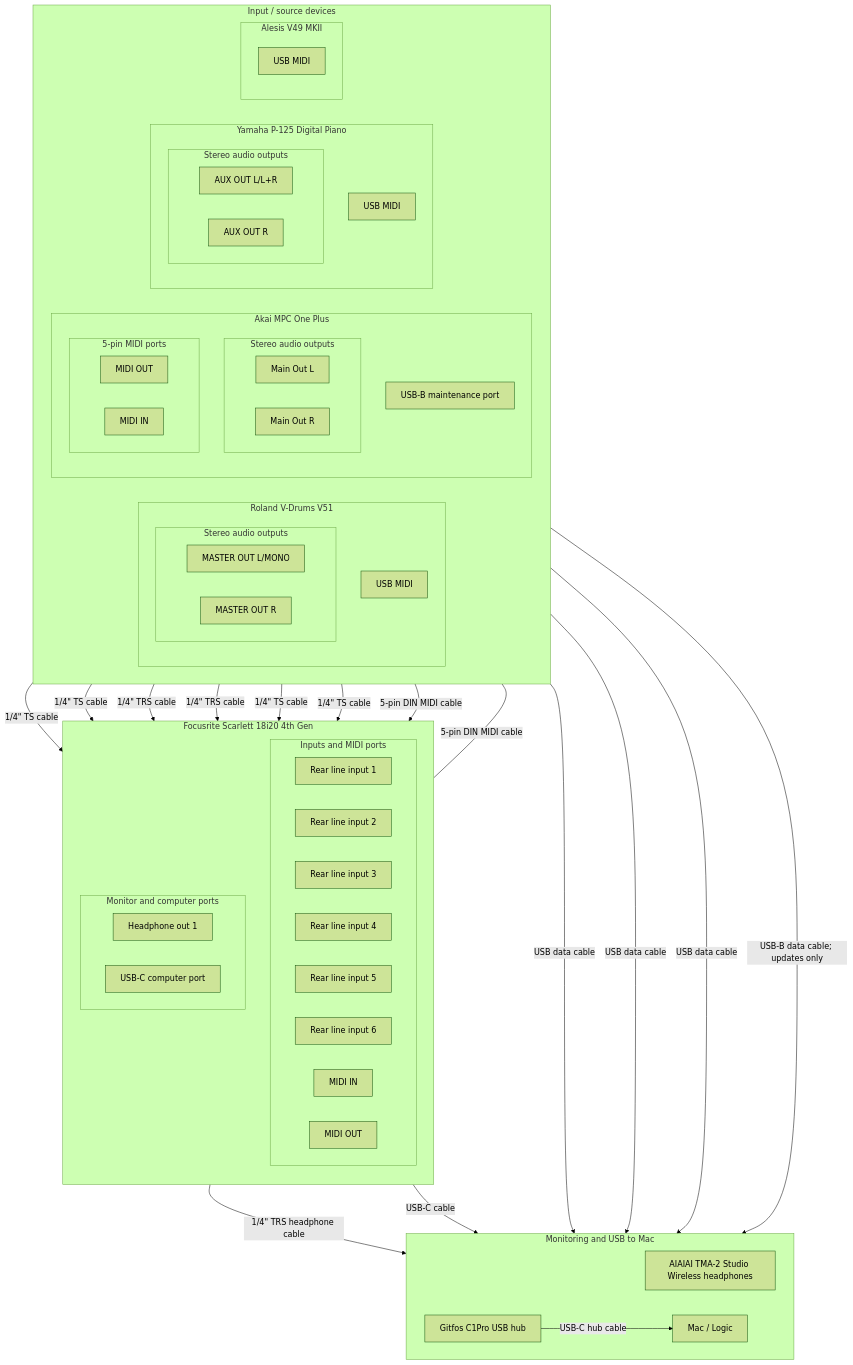
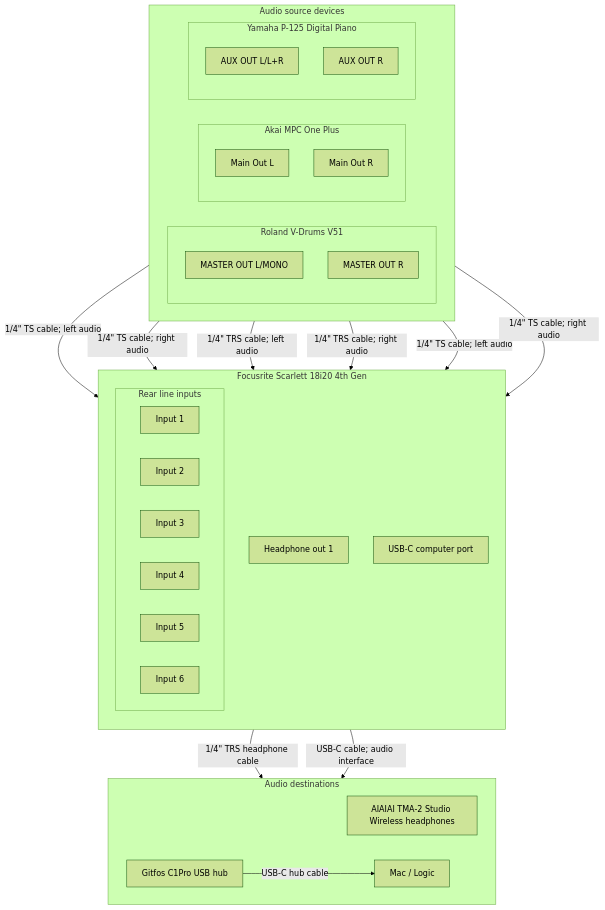
The second of 3 diagrams in AGENTS.md (thewoolleyman/music-studio), drawn with Mermaid (forest theme) before and after one commit. The commit also changed other lines of this file and 1 other file, not shown here.

Commit message:
Split studio connection diagrams

````diff
--- a/AGENTS.md
+++ b/AGENTS.md
@@ -102,90 +131,56 @@
 ```mermaid
 flowchart TB
-    subgraph Sources["Input / source devices"]
-        direction RL
+    subgraph AudioSources["Audio source devices"]
+        direction LR
 
-        subgraph V51["Roland V-Drums V51"]
+        subgraph V51Audio["Roland V-Drums V51"]
             direction TB
-            subgraph V51Stereo["Stereo audio outputs"]
-                direction LR
-                V51OutL["MASTER OUT L/MONO"]
-                V51OutR["MASTER OUT R"]
-            end
-            V51USB["USB MIDI"]
+            V51OutL["MASTER OUT L/MONO"]
+            V51OutR["MASTER OUT R"]
         end
 
-        subgraph MPC["Akai MPC One Plus"]
+        subgraph MPCAudio["Akai MPC One Plus"]
             direction TB
-            subgraph MPCStereo["Stereo audio outputs"]
-                direction LR
-                MPCL["Main Out L"]
-                MPCR["Main Out R"]
-            end
-            subgraph MPCMidi["5-pin MIDI ports"]
-                direction LR
-                MPCMidiOut["MIDI OUT"]
-                MPCMidiIn["MIDI IN"]
-            end
-            MPCUSB["USB-B maintenance port"]
+            MPCL["Main Out L"]
+            MPCR["Main Out R"]
         end
 
-        subgraph Yamaha["Yamaha P-125 Digital Piano"]
+        subgraph YamahaAudio["Yamaha P-125 Digital Piano"]
             direction TB
-            subgraph YamahaStereo["Stereo audio outputs"]
-                direction LR
-                YamahaOutL["AUX OUT L/L+R"]
-                YamahaOutR["AUX OUT R"]
-            end
-            YamahaUSB["USB MIDI"]
-        end
-
-        subgraph Alesis["Alesis V49 MKII"]
-            direction TB
-            AlesisUSB["USB MIDI"]
+            YamahaOutL["AUX OUT L/L+R"]
+            YamahaOutR["AUX OUT R"]
         end
     end
 
-    subgraph Scarlett["Focusrite Scarlett 18i20 4th Gen"]
+    subgraph ScarlettAudio["Focusrite Scarlett 18i20 4th Gen"]
         direction TB
-        subgraph ScarlettInputs["Inputs and MIDI ports"]
-            direction RL
-            ScarlettIn1["Rear line input 1"]
-            ScarlettIn2["Rear line input 2"]
-            ScarlettIn3["Rear line input 3"]
-            ScarlettIn4["Rear line input 4"]
-            ScarlettIn5["Rear line input 5"]
-            ScarlettIn6["Rear line input 6"]
-            ScarlettMidiIn["MIDI IN"]
-            ScarlettMidiOut["MIDI OUT"]
+        subgraph ScarlettInputs["Rear line inputs"]
+            direction LR
+            ScarlettIn1["Input 1"]
+            ScarlettIn2["Input 2"]
+            ScarlettIn3["Input 3"]
+            ScarlettIn4["Input 4"]
+            ScarlettIn5["Input 5"]
+            ScarlettIn6["Input 6"]
         end
-
-        subgraph ScarlettOutputs["Monitor and computer ports"]
-            direction LR
-            ScarlettHP1["Headphone out 1"]
-            ScarlettUSB["USB-C computer port"]
-        end
+        ScarlettHP1["Headphone out 1"]
+        ScarlettUSB["USB-C computer port"]
     end
 
-    subgraph Outputs["Monitoring and USB to Mac"]
+    subgraph AudioDestinations["Audio destinations"]
         direction LR
         Headphones["AIAIAI TMA-2 Studio Wireless headphones"]
         Hub["Gitfos C1Pro USB hub"]
         Logic["Mac / Logic"]
     end
 
-    V51OutL -->|1/4&quot; TS cable| ScarlettIn1
-    V51OutR -->|1/4&quot; TS cable| ScarlettIn2
-    MPCL -->|1/4&quot; TRS cable| ScarlettIn3
-    MPCR -->|1/4&quot; TRS cable| ScarlettIn4
-    YamahaOutL -->|1/4&quot; TS cable| ScarlettIn5
-    YamahaOutR -->|1/4&quot; TS cable| ScarlettIn6
-    MPCMidiOut -->|5-pin DIN MIDI cable| ScarlettMidiIn
-    MPCMidiIn ---|5-pin DIN MIDI cable| ScarlettMidiOut
+    V51OutL -->|1/4&quot; TS cable; left audio| ScarlettIn1
+    V51OutR -->|1/4&quot; TS cable; right audio| ScarlettIn2
+    MPCL -->|1/4&quot; TRS cable; left audio| ScarlettIn3
+    MPCR -->|1/4&quot; TRS cable; right audio| ScarlettIn4
+    YamahaOutL -->|1/4&quot; TS cable; left audio| ScarlettIn5
+    YamahaOutR -->|1/4&quot; TS cable; right audio| ScarlettIn6
     ScarlettHP1 -->|1/4&quot; TRS headphone cable| Headphones
-    ScarlettUSB -->|USB-C cable| Hub
-    V51USB -->|USB data cable| Hub
-    YamahaUSB -->|USB data cable| Hub
-    AlesisUSB -->|USB data cable| Hub
-    MPCUSB -->|USB-B data cable; updates only| Hub
+    ScarlettUSB -->|USB-C cable; audio interface| Hub
     Hub -->|USB-C hub cable| Logic
 ```
````
